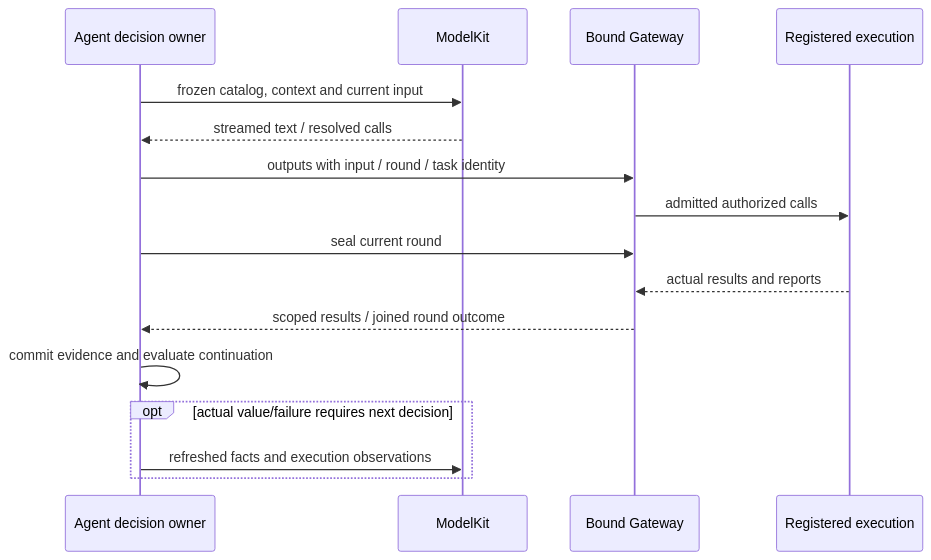
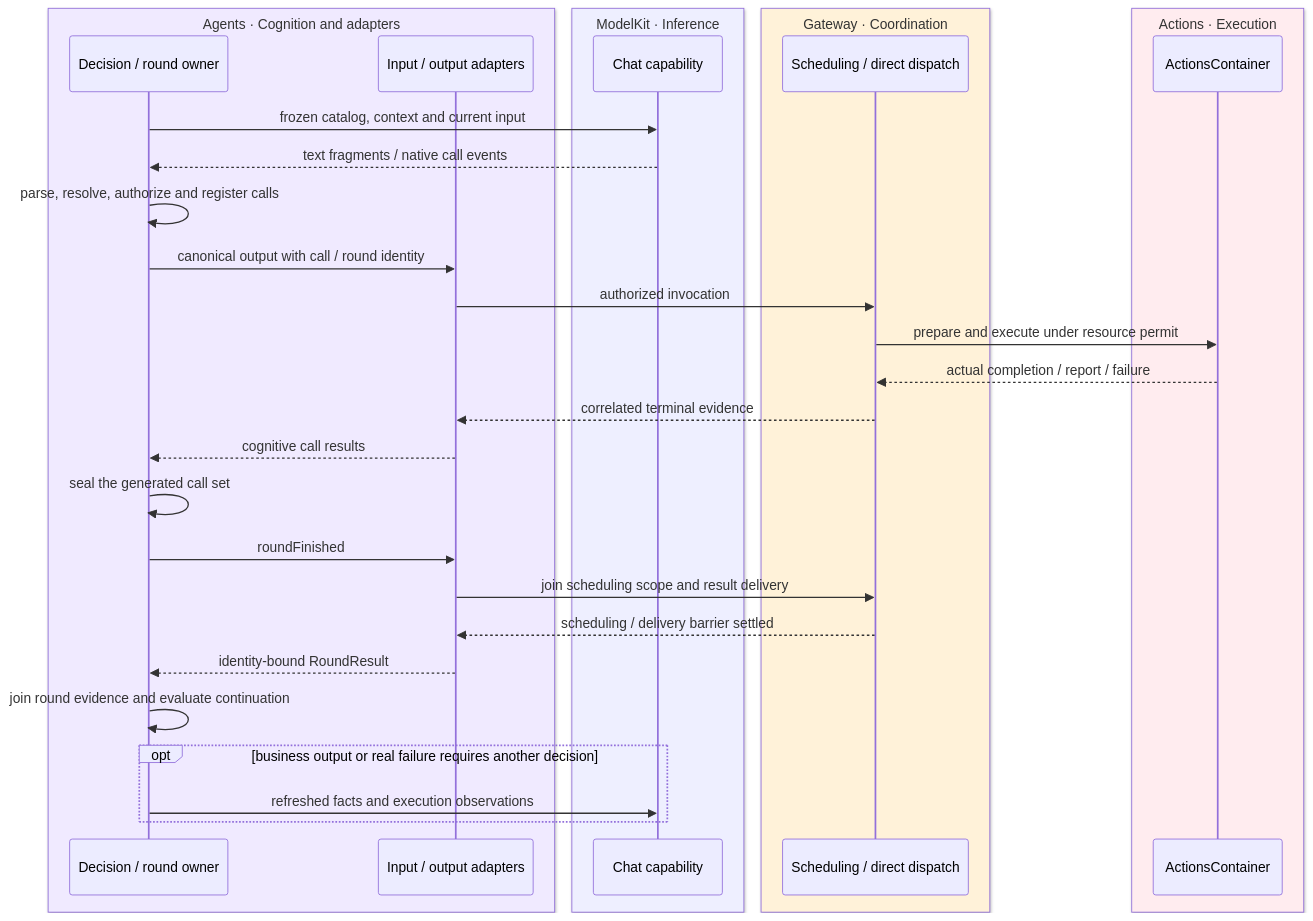
Before and after one commit to devilyouwei/MobileHarness: diagram 14 of 25 in MobileHarness/README.md, drawn with Mermaid. The commit also changed other lines of this file and 352 other files, not shown here.

````diff
--- a/MobileHarness/README.md
+++ b/MobileHarness/README.md
@@ -437,18 +973,34 @@
 ```mermaid
 sequenceDiagram
-    participant Agent as Agent decision owner
-    participant Model as ModelKit
-    participant Gate as Bound Gateway
-    participant Work as Registered execution
-    Agent->>Model: frozen catalog, context and current input
-    Model-->>Agent: streamed text / resolved calls
-    Agent->>Gate: outputs with input / round / task identity
-    Gate->>Work: admitted authorized calls
-    Agent->>Gate: seal current round
-    Work-->>Gate: actual results and reports
-    Gate-->>Agent: scoped results / joined round outcome
-    Agent->>Agent: commit evidence and evaluate continuation
-    opt actual value/failure requires next decision
-        Agent->>Model: refreshed facts and execution observations
+    box rgb(240,234,255) Agents · Cognition and adapters
+        participant A as Decision / round owner
+        participant B as Input / output adapters
+    end
+    box rgb(238,239,255) ModelKit · Inference
+        participant M as Chat capability
+    end
+    box rgb(255,242,217) Gateway · Coordination
+        participant G as Scheduling / direct dispatch
+    end
+    box rgb(255,236,239) Actions · Execution
+        participant X as ActionsContainer
+    end
+    A->>M: frozen catalog, context and current input
+    M-->>A: text fragments / native call events
+    A->>A: parse, resolve, authorize and register calls
+    A->>B: canonical output with call / round identity
+    B->>G: authorized invocation
+    G->>X: prepare and execute under resource permit
+    X-->>G: actual completion / report / failure
+    G-->>B: correlated terminal evidence
+    B-->>A: cognitive call results
+    A->>A: seal the generated call set
+    A->>B: roundFinished
+    B->>G: join scheduling scope and result delivery
+    G-->>B: scheduling / delivery barrier settled
+    B-->>A: identity-bound RoundResult
+    A->>A: join round evidence and evaluate continuation
+    opt business output or real failure requires another decision
+        A->>M: refreshed facts and execution observations
     end
 ```
````
